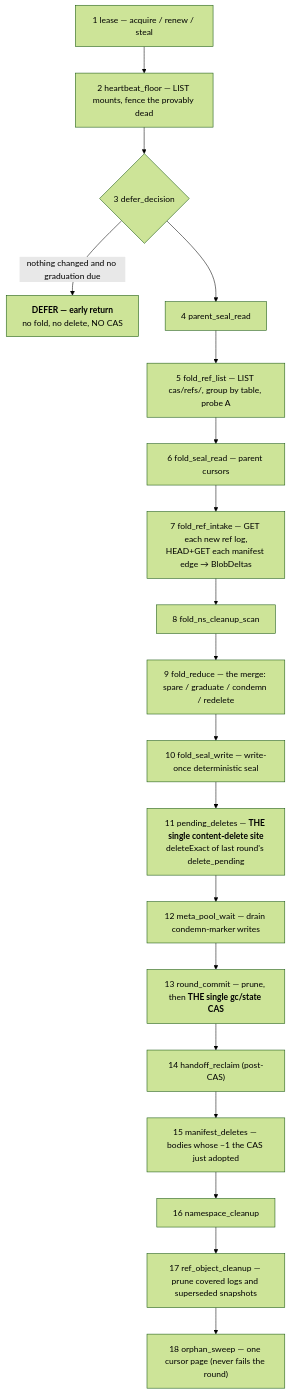
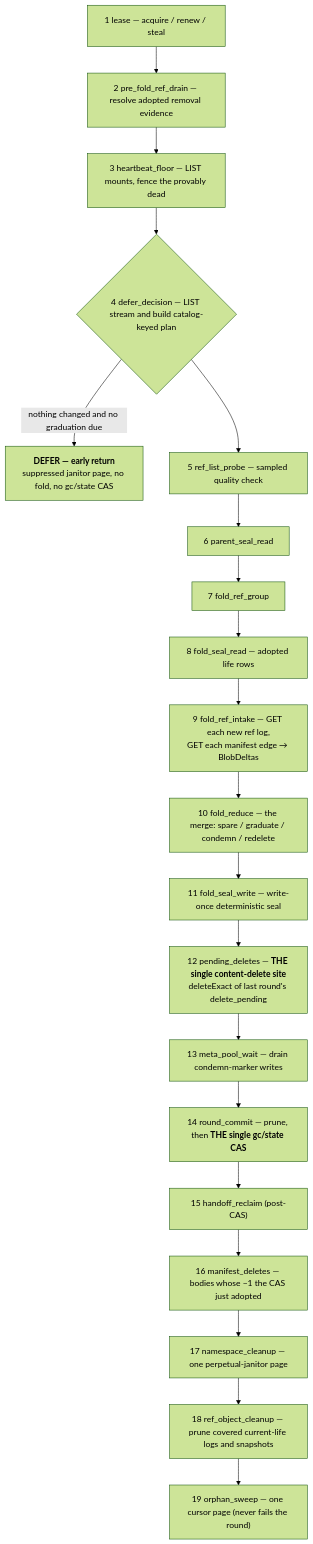
One commit to Altinity/ClickHouse changed diagram 15 of 16 in docs/superpowers/cas/11-walkthrough.md. Above: the diagram before and after it, drawn with Mermaid (forest theme). The commit also changed other lines of this file and 13 other files, not shown here.

Commit message:
Remove retired CAS namespace cleanup residue

````diff
--- a/docs/superpowers/cas/11-walkthrough.md
+++ b/docs/superpowers/cas/11-walkthrough.md
@@ -1715,21 +1727,22 @@
 ```mermaid
 flowchart TD
-    P1["1 lease — acquire / renew / steal"] --> P2["2 heartbeat_floor — LIST mounts, fence the provably dead"]
-    P2 --> P3{"3 defer_decision"}
-    P3 -->|"nothing changed and no graduation due"| DEF["<b>DEFER — early return</b><br/>no fold, no delete, NO CAS"]
-    P3 --> P4["4 parent_seal_read"]
-    P4 --> P5["5 fold_ref_list — LIST cas/refs/, group by table, probe A"]
-    P5 --> P6["6 fold_seal_read — parent cursors"]
-    P6 --> P7["7 fold_ref_intake — GET each new ref log,<br/>HEAD+GET each manifest edge → BlobDeltas"]
-    P7 --> P8["8 fold_ns_cleanup_scan"]
-    P8 --> P9["9 fold_reduce — the merge: spare / graduate / condemn / redelete"]
-    P9 --> P10["10 fold_seal_write — write-once deterministic seal"]
-    P10 --> P11["11 pending_deletes — <b>THE single content-delete site</b><br/>deleteExact of last round's delete_pending"]
-    P11 --> P12["12 meta_pool_wait — drain condemn-marker writes"]
-    P12 --> P13["13 round_commit — prune, then <b>THE single gc/state CAS</b>"]
-    P13 --> P14["14 handoff_reclaim (post-CAS)"]
-    P14 --> P15["15 manifest_deletes — bodies whose −1 the CAS just adopted"]
-    P15 --> P16["16 namespace_cleanup"]
-    P16 --> P17["17 ref_object_cleanup — prune covered logs and superseded snapshots"]
-    P17 --> P18["18 orphan_sweep — one cursor page (never fails the round)"]
+    P1["1 lease — acquire / renew / steal"] --> P2["2 pre_fold_ref_drain — resolve adopted removal evidence"]
+    P2 --> P3["3 heartbeat_floor — LIST mounts, fence the provably dead"]
+    P3 --> P4{"4 defer_decision — LIST stream and build catalog-keyed plan"}
+    P4 -->|"nothing changed and no graduation due"| DEF["<b>DEFER — early return</b><br/>suppressed janitor page, no fold, no gc/state CAS"]
+    P4 --> P5["5 ref_list_probe — sampled quality check"]
+    P5 --> P6["6 parent_seal_read"]
+    P6 --> P7["7 fold_ref_group"]
+    P7 --> P8["8 fold_seal_read — adopted life rows"]
+    P8 --> P9["9 fold_ref_intake — GET each new ref log,<br/>GET each manifest edge → BlobDeltas"]
+    P9 --> P10["10 fold_reduce — the merge: spare / graduate / condemn / redelete"]
+    P10 --> P11["11 fold_seal_write — write-once deterministic seal"]
+    P11 --> P12["12 pending_deletes — <b>THE single content-delete site</b><br/>deleteExact of last round's delete_pending"]
+    P12 --> P13["13 meta_pool_wait — drain condemn-marker writes"]
+    P13 --> P14["14 round_commit — prune, then <b>THE single gc/state CAS</b>"]
+    P14 --> P15["15 handoff_reclaim (post-CAS)"]
+    P15 --> P16["16 manifest_deletes — bodies whose −1 the CAS just adopted"]
+    P16 --> P17["17 namespace_cleanup — one perpetual-janitor page"]
+    P17 --> P18["18 ref_object_cleanup — prune covered current-life logs and snapshots"]
+    P18 --> P19["19 orphan_sweep — one cursor page (never fails the round)"]
 ```
````
